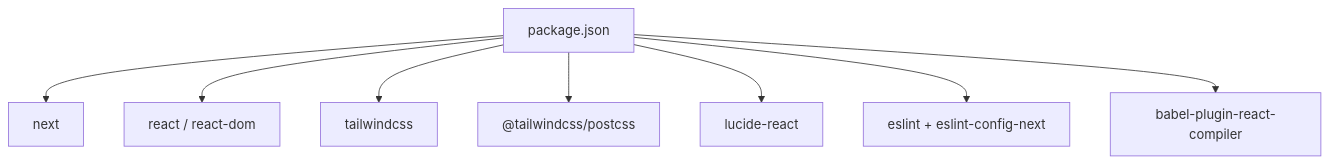
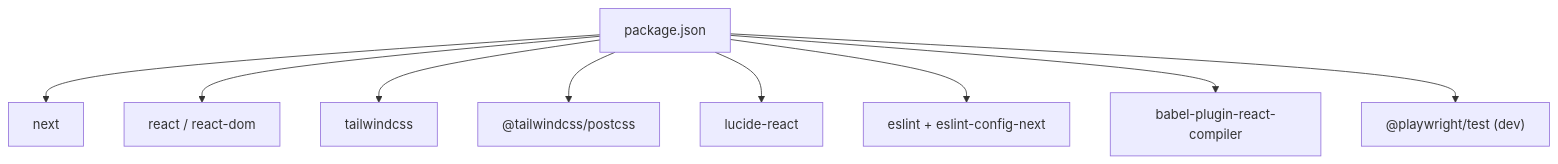
The tenth of 10 diagrams in docs/en/content/Technology Stack & Dependencies.md (algorithmsEvolve/momentoclient-fe), drawn with Mermaid before and after one commit. The commit also changed other lines of this file and 14 other files, not shown here.

````diff
--- a/docs/en/content/Technology Stack & Dependencies.md
+++ b/docs/en/content/Technology Stack & Dependencies.md
@@ -324,18 +330,20 @@
 ```mermaid
 graph TB
 PKG["package.json"]
 NEXT["next"]
 REACT["react / react-dom"]
 TAILWIND["tailwindcss"]
 POSTCSS["@tailwindcss/postcss"]
 LUCIDE["lucide-react"]
 ESLINT["eslint + eslint-config-next"]
 COMPILER["babel-plugin-react-compiler"]
+PLAYWRIGHT["@playwright/test (dev)"]
 PKG --> NEXT
 PKG --> REACT
 PKG --> TAILWIND
 PKG --> POSTCSS
 PKG --> LUCIDE
 PKG --> ESLINT
 PKG --> COMPILER
+PKG --> PLAYWRIGHT
 ```
````
